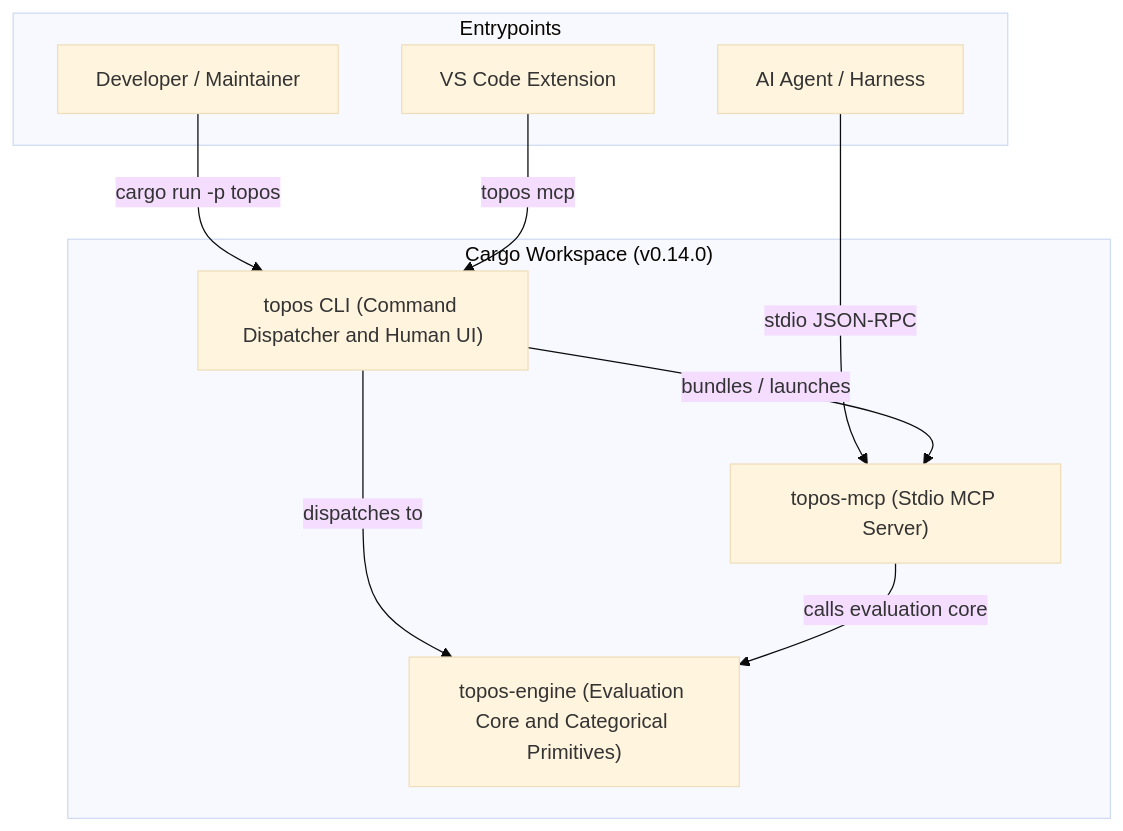
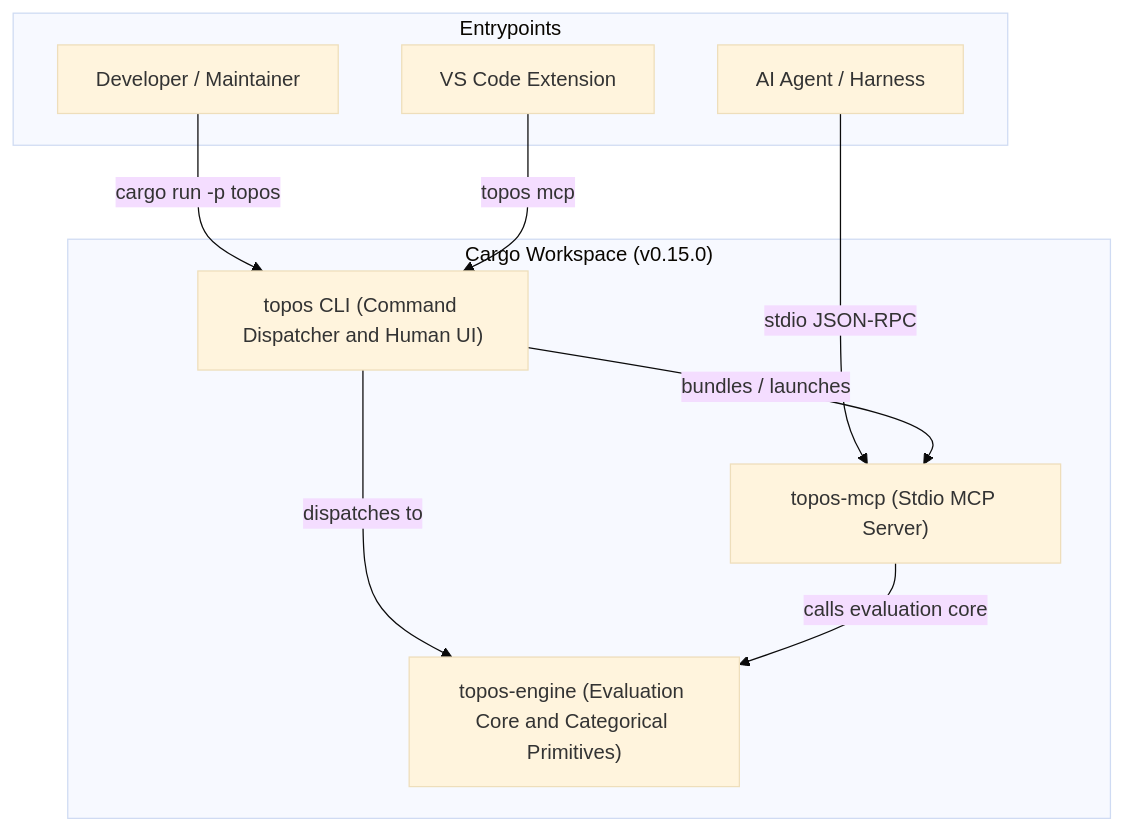
The first of 2 diagrams in openwiki/quickstart.md (Krv-Labs/topos), drawn with Mermaid (base theme) before and after one commit. The commit also changed other lines of this file and 18 other files, not shown here.

````diff
--- a/openwiki/quickstart.md
+++ b/openwiki/quickstart.md
@@ -49,21 +49,21 @@
 ```mermaid
 flowchart TD
-    subgraph Workspace ["Cargo Workspace (v0.14.0)"]
+    subgraph Workspace ["Cargo Workspace (v0.15.0)"]
         Engine["topos-engine (Evaluation Core and Categorical Primitives)"]
         CLI["topos CLI (Command Dispatcher and Human UI)"]
         MCP["topos-mcp (Stdio MCP Server)"]
     end
 
     subgraph Entrypoints
         Developer["Developer / Maintainer"]
         Agent["AI Agent / Harness"]
         VSCode["VS Code Extension"]
     end
 
     Developer -->|cargo run -p topos| CLI
     Agent -->|stdio JSON-RPC| MCP
     VSCode -->|topos mcp| CLI
     CLI -->|bundles / launches| MCP
     CLI -->|dispatches to| Engine
     MCP -->|calls evaluation core| Engine
 ```
````
